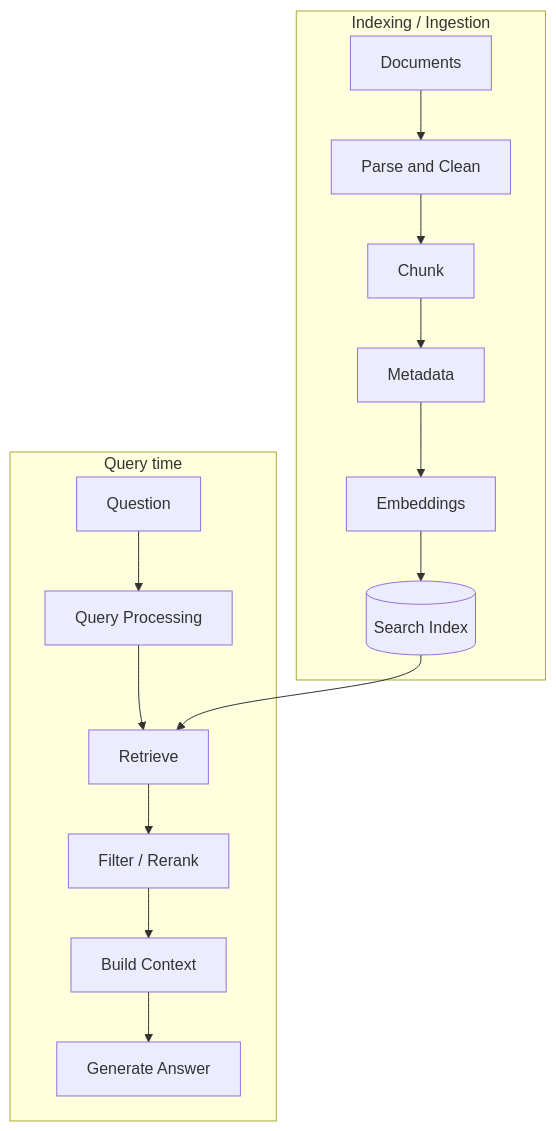
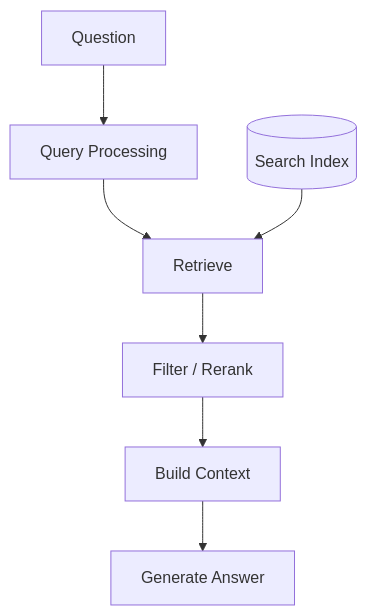
The third of 3 diagrams in notes/module-03-giving-an-agent-something-to-stand-on/01-why-agents-need-grounded-knowledge.md (shomi-khan/preparation), drawn with Mermaid before and after one commit. The commit also changed other lines of this file, not shown here.

````diff
--- a/notes/module-03-giving-an-agent-something-to-stand-on/01-why-agents-need-grounded-knowledge.md
+++ b/notes/module-03-giving-an-agent-something-to-stand-on/01-why-agents-need-grounded-knowledge.md
@@ -80,18 +139,9 @@
-~~~mermaid
+```mermaid
 flowchart TD
-  subgraph ING["Indexing / Ingestion"]
-    S[Documents] --> P[Parse and Clean]
-    P --> C[Chunk]
-    C --> M[Metadata]
-    M --> E[Embeddings]
-    E --> I[(Search Index)]
-  end
-  subgraph QUERY["Query time"]
-    Q[Question] --> N[Query Processing]
-    N --> R[Retrieve]
-    I --> R
-    R --> F[Filter / Rerank]
-    F --> X[Build Context]
-    X --> G[Generate Answer]
-  end
-~~~
+  Q[Question] --> N[Query Processing]
+  N --> R[Retrieve]
+  I[(Search Index)] --> R
+  R --> F[Filter / Rerank]
+  F --> X[Build Context]
+  X --> G[Generate Answer]
+```
````
